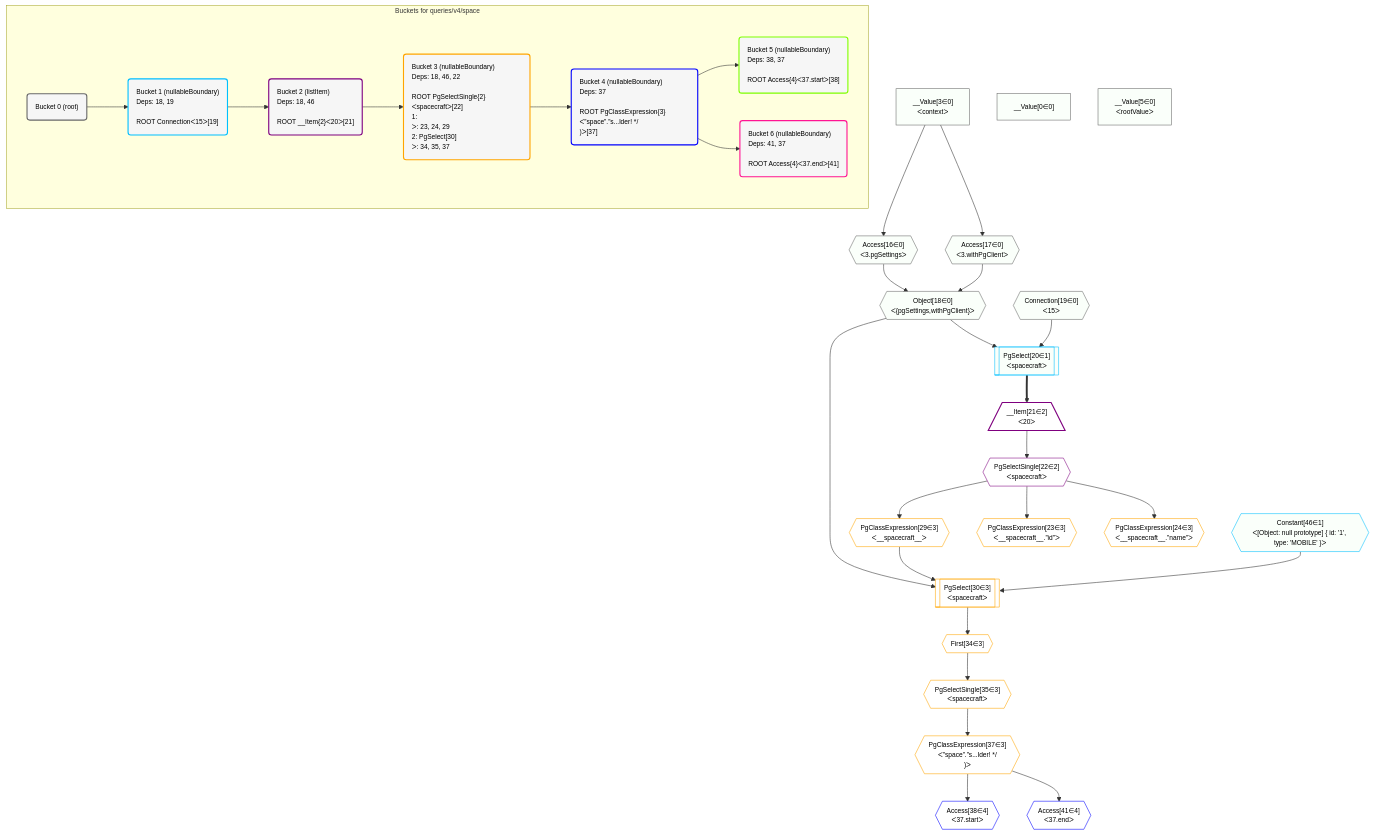
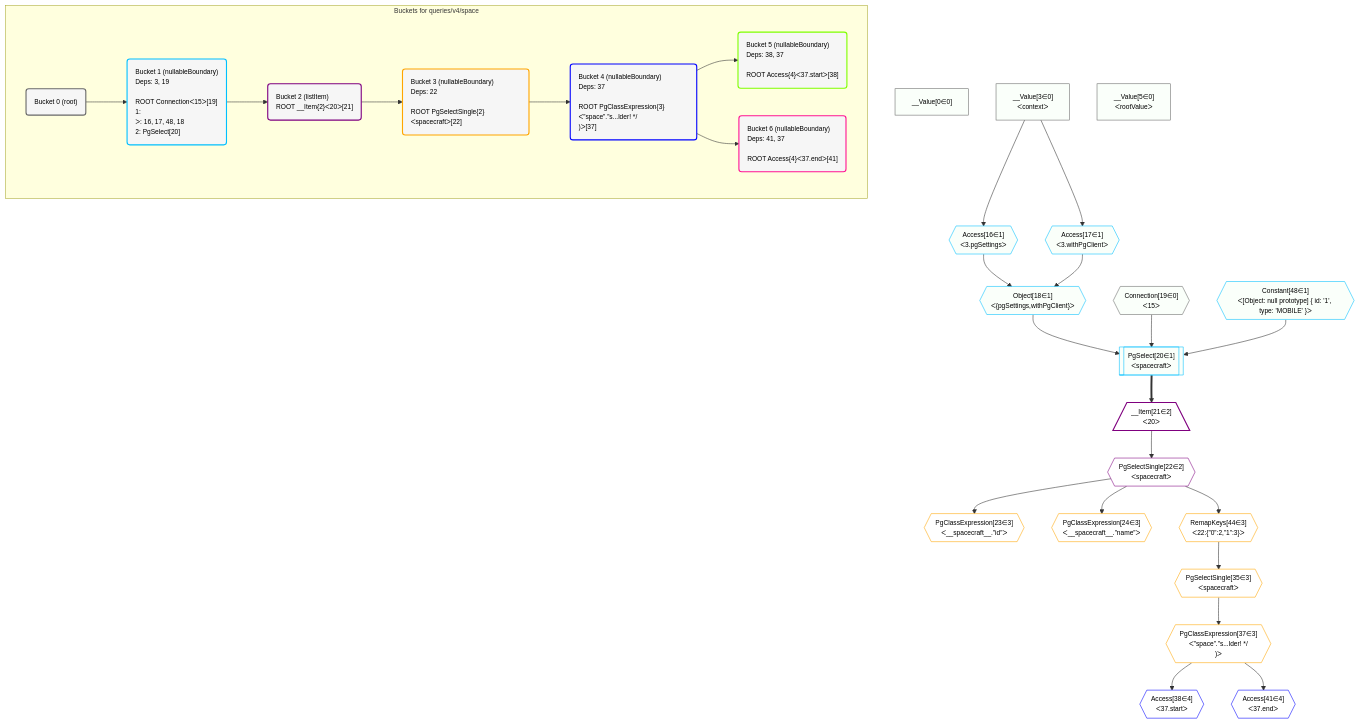
Before and after one commit to graphile/crystal: the diagram in postgraphile/postgraphile/__tests__/queries/v4/space.mermaid, drawn with Mermaid. The commit also changed 3 other files, not shown here.

```diff
--- a/postgraphile/postgraphile/__tests__/queries/v4/space.mermaid
+++ b/postgraphile/postgraphile/__tests__/queries/v4/space.mermaid
@@ -1,79 +1,75 @@
 %%{init: {'themeVariables': { 'fontSize': '12px'}}}%%
 graph TD
     classDef path fill:#eee,stroke:#000,color:#000
     classDef plan fill:#fff,stroke-width:1px,color:#000
     classDef itemplan fill:#fff,stroke-width:2px,color:#000
     classDef unbatchedplan fill:#dff,stroke-width:1px,color:#000
     classDef sideeffectplan fill:#fcc,stroke-width:2px,color:#000
     classDef bucket fill:#f6f6f6,color:#000,stroke-width:2px,text-align:left
 
 
     %% plan dependencies
-    Object18{{"Object[18∈0]<br />ᐸ{pgSettings,withPgClient}ᐳ"}}:::plan
-    Access16{{"Access[16∈0]<br />ᐸ3.pgSettingsᐳ"}}:::plan
-    Access17{{"Access[17∈0]<br />ᐸ3.withPgClientᐳ"}}:::plan
-    Access16 & Access17 --> Object18
+    __Value0["__Value[0∈0]"]:::plan
     __Value3["__Value[3∈0]<br />ᐸcontextᐳ"]:::plan
-    __Value3 --> Access16
-    __Value3 --> Access17
-    __Value0["__Value[0∈0]"]:::plan
     __Value5["__Value[5∈0]<br />ᐸrootValueᐳ"]:::plan
     Connection19{{"Connection[19∈0]<br />ᐸ15ᐳ"}}:::plan
     PgSelect20[["PgSelect[20∈1]<br />ᐸspacecraftᐳ"]]:::plan
-    Object18 & Connection19 --> PgSelect20
-    Constant46{{"Constant[46∈1]<br />ᐸ[Object: null prototype] { id: '1', type: 'MOBILE' }ᐳ"}}:::plan
+    Object18{{"Object[18∈1]<br />ᐸ{pgSettings,withPgClient}ᐳ"}}:::plan
+    Constant48{{"Constant[48∈1]<br />ᐸ[Object: null prototype] { id: '1', type: 'MOBILE' }ᐳ"}}:::plan
+    Object18 & Connection19 & Constant48 --> PgSelect20
+    Access16{{"Access[16∈1]<br />ᐸ3.pgSettingsᐳ"}}:::plan
+    Access17{{"Access[17∈1]<br />ᐸ3.withPgClientᐳ"}}:::plan
+    Access16 & Access17 --> Object18
+    __Value3 --> Access16
+    __Value3 --> Access17
     __Item21[/"__Item[21∈2]<br />ᐸ20ᐳ"\]:::itemplan
     PgSelect20 ==> __Item21
     PgSelectSingle22{{"PgSelectSingle[22∈2]<br />ᐸspacecraftᐳ"}}:::plan
     __Item21 --> PgSelectSingle22
-    PgSelect30[["PgSelect[30∈3]<br />ᐸspacecraftᐳ"]]:::plan
-    PgClassExpression29{{"PgClassExpression[29∈3]<br />ᐸ__spacecraft__ᐳ"}}:::plan
-    Object18 & PgClassExpression29 & Constant46 --> PgSelect30
     PgClassExpression23{{"PgClassExpression[23∈3]<br />ᐸ__spacecraft__.”id”ᐳ"}}:::plan
     PgSelectSingle22 --> PgClassExpression23
     PgClassExpression24{{"PgClassExpression[24∈3]<br />ᐸ__spacecraft__.”name”ᐳ"}}:::plan
     PgSelectSingle22 --> PgClassExpression24
-    PgSelectSingle22 --> PgClassExpression29
-    First34{{"First[34∈3]"}}:::plan
-    PgSelect30 --> First34
     PgSelectSingle35{{"PgSelectSingle[35∈3]<br />ᐸspacecraftᐳ"}}:::plan
-    First34 --> PgSelectSingle35
+    RemapKeys44{{"RemapKeys[44∈3]<br />ᐸ22:{”0”:2,”1”:3}ᐳ"}}:::plan
+    RemapKeys44 --> PgSelectSingle35
     PgClassExpression37{{"PgClassExpression[37∈3]<br />ᐸ”space”.”s...lder! */<br />)ᐳ"}}:::plan
     PgSelectSingle35 --> PgClassExpression37
+    PgSelectSingle22 --> RemapKeys44
     Access38{{"Access[38∈4]<br />ᐸ37.startᐳ"}}:::plan
     PgClassExpression37 --> Access38
     Access41{{"Access[41∈4]<br />ᐸ37.endᐳ"}}:::plan
     PgClassExpression37 --> Access41
 
     %% define steps
 
     subgraph "Buckets for queries/v4/space"
     Bucket0("Bucket 0 (root)"):::bucket
     classDef bucket0 stroke:#696969
-    class Bucket0,__Value0,__Value3,__Value5,Access16,Access17,Object18,Connection19 bucket0
-    Bucket1("Bucket 1 (nullableBoundary)<br />Deps: 18, 19<br /><br />ROOT Connectionᐸ15ᐳ[19]"):::bucket
+    class Bucket0,__Value0,__Value3,__Value5,Connection19 bucket0
+    Bucket1("Bucket 1 (nullableBoundary)<br />Deps: 3, 19<br /><br />ROOT Connectionᐸ15ᐳ[19]<br />1: <br />ᐳ: 16, 17, 48, 18<br />2: PgSelect[20]"):::bucket
     classDef bucket1 stroke:#00bfff
-    class Bucket1,PgSelect20,Constant46 bucket1
-    Bucket2("Bucket 2 (listItem)<br />Deps: 18, 46<br /><br />ROOT __Item{2}ᐸ20ᐳ[21]"):::bucket
+    class Bucket1,Access16,Access17,Object18,PgSelect20,Constant48 bucket1
+    Bucket2("Bucket 2 (listItem)<br />ROOT __Item{2}ᐸ20ᐳ[21]"):::bucket
     classDef bucket2 stroke:#7f007f
     class Bucket2,__Item21,PgSelectSingle22 bucket2
-    Bucket3("Bucket 3 (nullableBoundary)<br />Deps: 18, 46, 22<br /><br />ROOT PgSelectSingle{2}ᐸspacecraftᐳ[22]<br />1: <br />ᐳ: 23, 24, 29<br />2: PgSelect[30]<br />ᐳ: 34, 35, 37"):::bucket
+    Bucket3("Bucket 3 (nullableBoundary)<br />Deps: 22<br /><br />ROOT PgSelectSingle{2}ᐸspacecraftᐳ[22]"):::bucket
     classDef bucket3 stroke:#ffa500
-    class Bucket3,PgClassExpression23,PgClassExpression24,PgClassExpression29,PgSelect30,First34,PgSelectSingle35,PgClassExpression37 bucket3
+    class Bucket3,PgClassExpression23,PgClassExpression24,PgSelectSingle35,PgClassExpression37,RemapKeys44 bucket3
     Bucket4("Bucket 4 (nullableBoundary)<br />Deps: 37<br /><br />ROOT PgClassExpression{3}ᐸ”space”.”s...lder! */<br />)ᐳ[37]"):::bucket
     classDef bucket4 stroke:#0000ff
     class Bucket4,Access38,Access41 bucket4
     Bucket5("Bucket 5 (nullableBoundary)<br />Deps: 38, 37<br /><br />ROOT Access{4}ᐸ37.startᐳ[38]"):::bucket
     classDef bucket5 stroke:#7fff00
     class Bucket5 bucket5
     Bucket6("Bucket 6 (nullableBoundary)<br />Deps: 41, 37<br /><br />ROOT Access{4}ᐸ37.endᐳ[41]"):::bucket
     classDef bucket6 stroke:#ff1493
     class Bucket6 bucket6
     Bucket0 --> Bucket1
     Bucket1 --> Bucket2
     Bucket2 --> Bucket3
     Bucket3 --> Bucket4
     Bucket4 --> Bucket5 & Bucket6
     classDef unary fill:#fafffa,borderWidth:8px
-    class Object18,Access16,Access17,__Value0,__Value3,__Value5,Connection19,PgSelect20,Constant46 unary
+    class __Value0,__Value3,__Value5,Connection19,PgSelect20,Object18,Access16,Access17,Constant48 unary
     end
```
